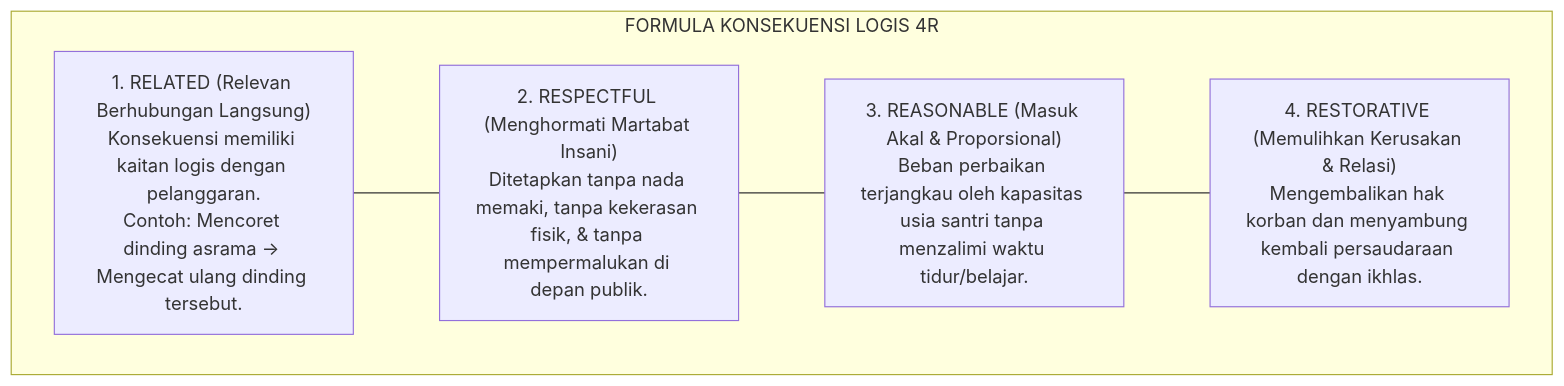
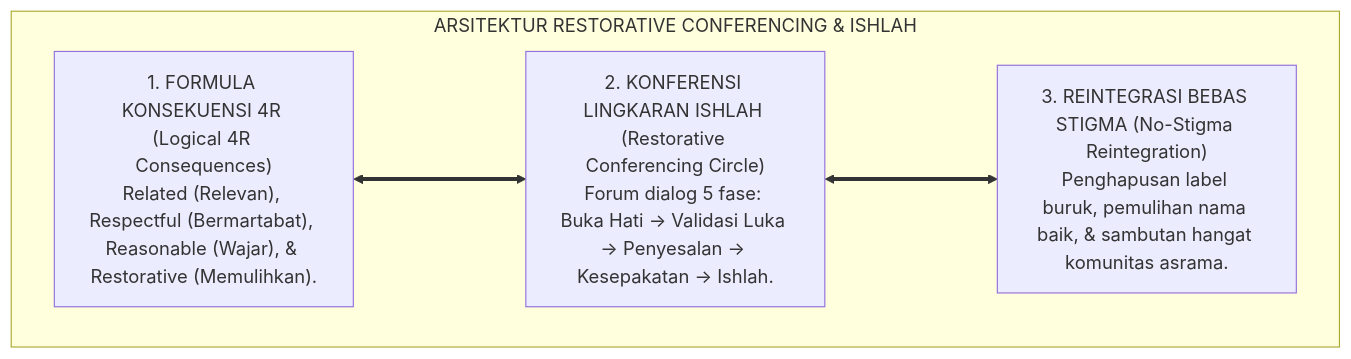
Before and after one commit to wandiapriliyandi/tumbuh: the second of 3 diagrams in 02 Principles/06 Intervention Principles/P2-06-04-Prinsip-Restorative-Conferencing-dan-Ishlah.md, drawn with Mermaid. The commit also changed other lines of this file and 7 other files, not shown here.

````diff
--- a/02 Principles/06 Intervention Principles/P2-06-04-Prinsip-Restorative-Conferencing-dan-Ishlah.md
+++ b/02 Principles/06 Intervention Principles/P2-06-04-Prinsip-Restorative-Conferencing-dan-Ishlah.md
@@ -122,14 +122,13 @@
 ```mermaid
-graph TD
-    subgraph FormulaKonsekuensi4RTUMBUH["FORMULA KONSEKUENSI LOGIS 4R"]
-        R1["1. RELATED (Relevan Berhubungan Langsung)<br/>Konsekuensi memiliki kaitan logis dengan pelanggaran.<br/>Contoh: Mencoret dinding asrama -> Mengecat ulang dinding tersebut."]
+flowchart TD
+    subgraph ArsitekturRestoratifTUMBUH["ARSITEKTUR RESTORATIVE CONFERENCING & ISHLAH"]
         
-        R2["2. RESPECTFUL (Menghormati Martabat Insani)<br/>Ditetapkan tanpa nada memaki, tanpa kekerasan fisik, & tanpa mempermalukan di depan publik."]
+        R1_Sayap["1. FORMULA KONSEKUENSI 4R (Logical 4R Consequences)<br/>Related (Relevan), Respectful (Bermartabat), Reasonable (Wajar), & Restorative (Memulihkan)."]
         
-        R3["3. REASONABLE (Masuk Akal & Proporsional)<br/>Beban perbaikan terjangkau oleh kapasitas usia santri tanpa menzalimi waktu tidur/belajar."]
+        R2_Sayap["2. KONFERENSI LINGKARAN ISHLAH (Restorative Conferencing Circle)<br/>Forum dialog 5 fase: Buka Hati -> Validasi Luka -> Penyesalan -> Kesepakatan -> Ishlah."]
         
-        R4["4. RESTORATIVE (Memulihkan Kerusakan & Relasi)<br/>Mengembalikan hak korban dan menyambung kembali persaudaraan dengan ikhlas."]
+        R3_Sayap["3. REINTEGRASI BEBAS STIGMA (No-Stigma Reintegration)<br/>Penghapusan label buruk, pemulihan nama baik, & sambutan hangat komunitas asrama."]
         
-        R1 --- R2 --- R3 --- R4
+        R1_Sayap <===> R2_Sayap <===> R3_Sayap
     end
 ```
````
